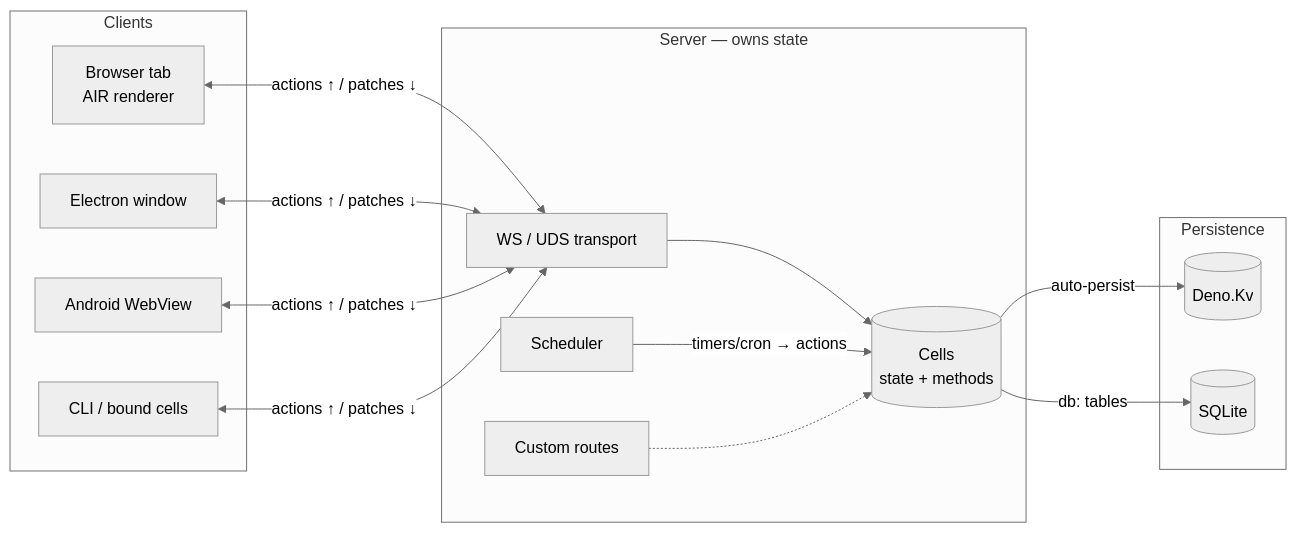
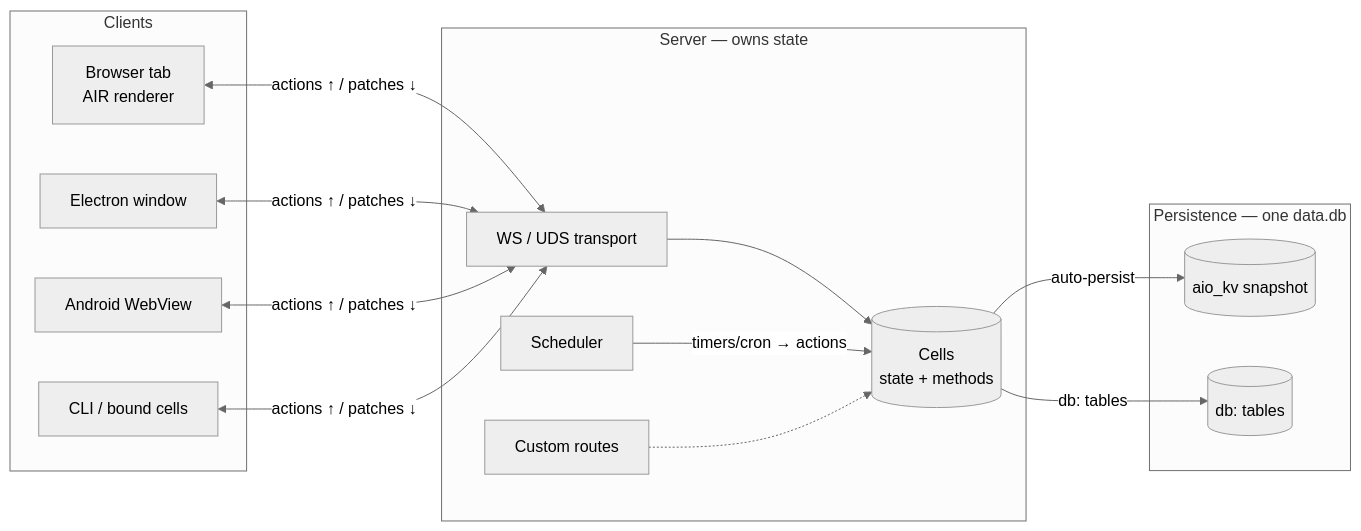
Before and after one commit to riagentic/aio: the first of 3 diagrams in docs/basics/architecture.md, drawn with Mermaid (neutral theme). The commit also changed other lines of this file and 97 other files, not shown here.

````diff
--- a/docs/basics/architecture.md
+++ b/docs/basics/architecture.md
@@ -10,25 +10,25 @@
 ```mermaid
 flowchart LR
     subgraph clients [Clients]
         B[Browser tab<br/>AIR renderer]
         E[Electron window]
         A[Android WebView]
         C[CLI / bound cells]
     end
     subgraph server [Server — owns state]
         CELLS[(Cells<br/>state + methods)]
         WS[WS / UDS transport]
         SCHED[Scheduler]
         ROUTES[Custom routes]
     end
-    subgraph storage [Persistence]
-        KV[(Deno.Kv)]
-        SQL[(SQLite)]
+    subgraph storage [Persistence — one data.db]
+        KV[(aio_kv snapshot)]
+        SQL[(db: tables)]
     end
     B & E & A & C <-- "actions ↑ / patches ↓" --> WS
     WS --> CELLS
     SCHED -- "timers/cron → actions" --> CELLS
     CELLS -- "auto-persist" --> KV
     CELLS -- "db: tables" --> SQL
     ROUTES -.-> CELLS
 ```
````
